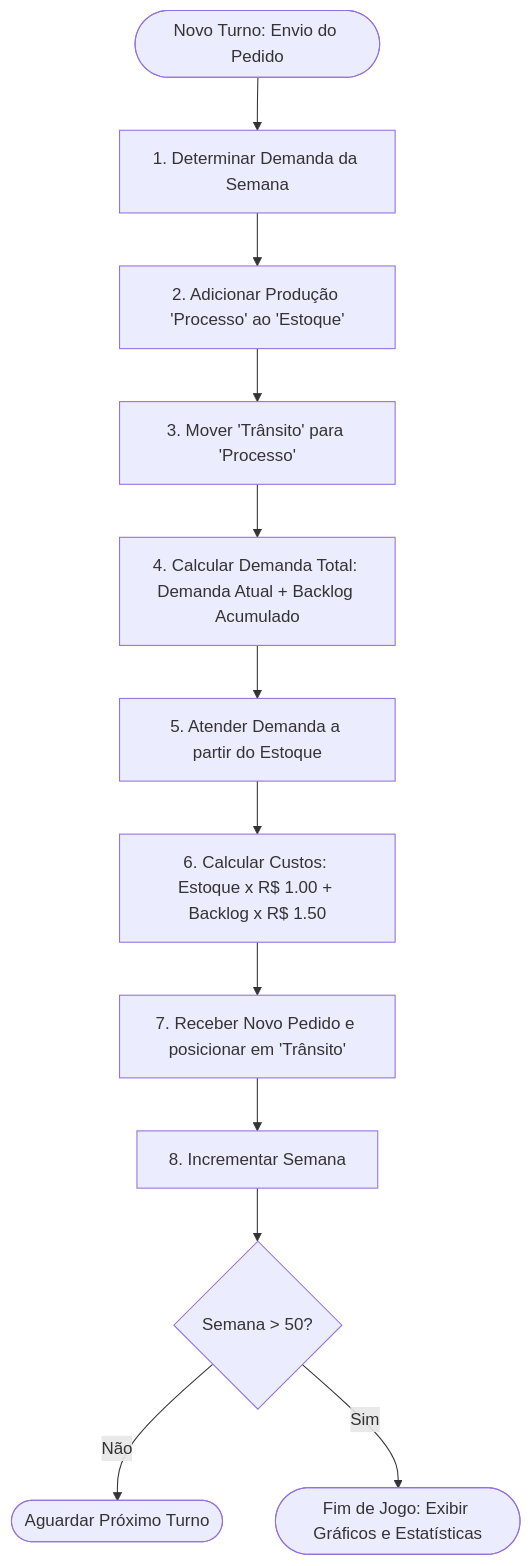
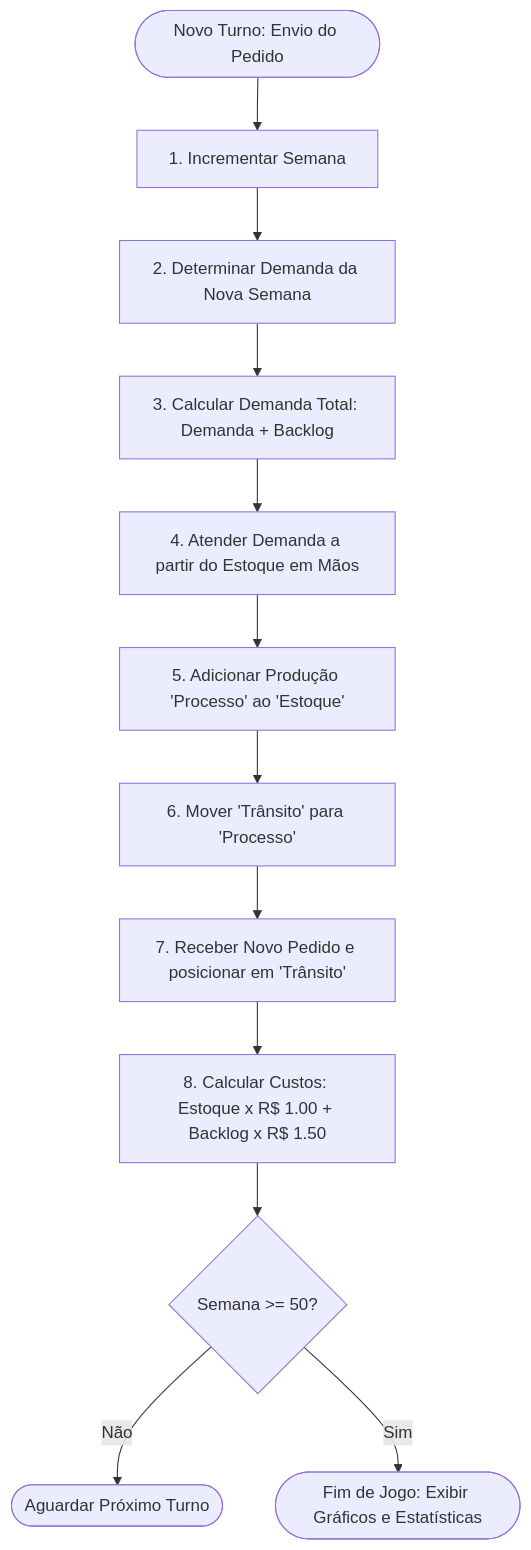
The second of 2 diagrams in README.md (IvoBruno/GerenciamentoPadaria), drawn with Mermaid before and after one commit. The commit also changed other lines of this file and 33 other files, not shown here.

````diff
--- a/README.md
+++ b/README.md
@@ -78,14 +78,14 @@
 ```mermaid
 flowchart TD
-    Start([Novo Turno: Envio do Pedido]) --> GetDemand[1. Determinar Demanda da Semana]
-    GetDemand --> ReceiveStock[2. Adicionar Produção 'Processo' ao 'Estoque']
-    ReceiveStock --> MoveTransit[3. Mover 'Trânsito' para 'Processo']
-    MoveTransit --> CalcDemand[4. Calcular Demanda Total: Demanda Atual + Backlog Acumulado]
-    CalcDemand --> Fulfill[5. Atender Demanda a partir do Estoque]
-    Fulfill --> CalcCosts[6. Calcular Custos: Estoque x R$ 1.00 + Backlog x R$ 1.50]
-    CalcCosts --> PlaceOrder[7. Receber Novo Pedido e posicionar em 'Trânsito']
-    PlaceOrder --> AdvanceWeek[8. Incrementar Semana]
-    AdvanceWeek --> CheckEnd{Semana > 50?}
+    Start([Novo Turno: Envio do Pedido]) --> AdvanceWeek[1. Incrementar Semana]
+    AdvanceWeek --> GetDemand[2. Determinar Demanda da Nova Semana]
+    GetDemand --> CalcDemand[3. Calcular Demanda Total: Demanda + Backlog]
+    CalcDemand --> Fulfill[4. Atender Demanda a partir do Estoque em Mãos]
+    Fulfill --> ReceiveStock[5. Adicionar Produção 'Processo' ao 'Estoque']
+    ReceiveStock --> MoveTransit[6. Mover 'Trânsito' para 'Processo']
+    MoveTransit --> PlaceOrder[7. Receber Novo Pedido e posicionar em 'Trânsito']
+    PlaceOrder --> CalcCosts[8. Calcular Custos: Estoque x R$ 1.00 + Backlog x R$ 1.50]
+    CalcCosts --> CheckEnd{Semana >= 50?}
     CheckEnd -->|Não| Ready([Aguardar Próximo Turno])
     CheckEnd -->|Sim| GameOver([Fim de Jogo: Exibir Gráficos e Estatísticas])
 ```
````
